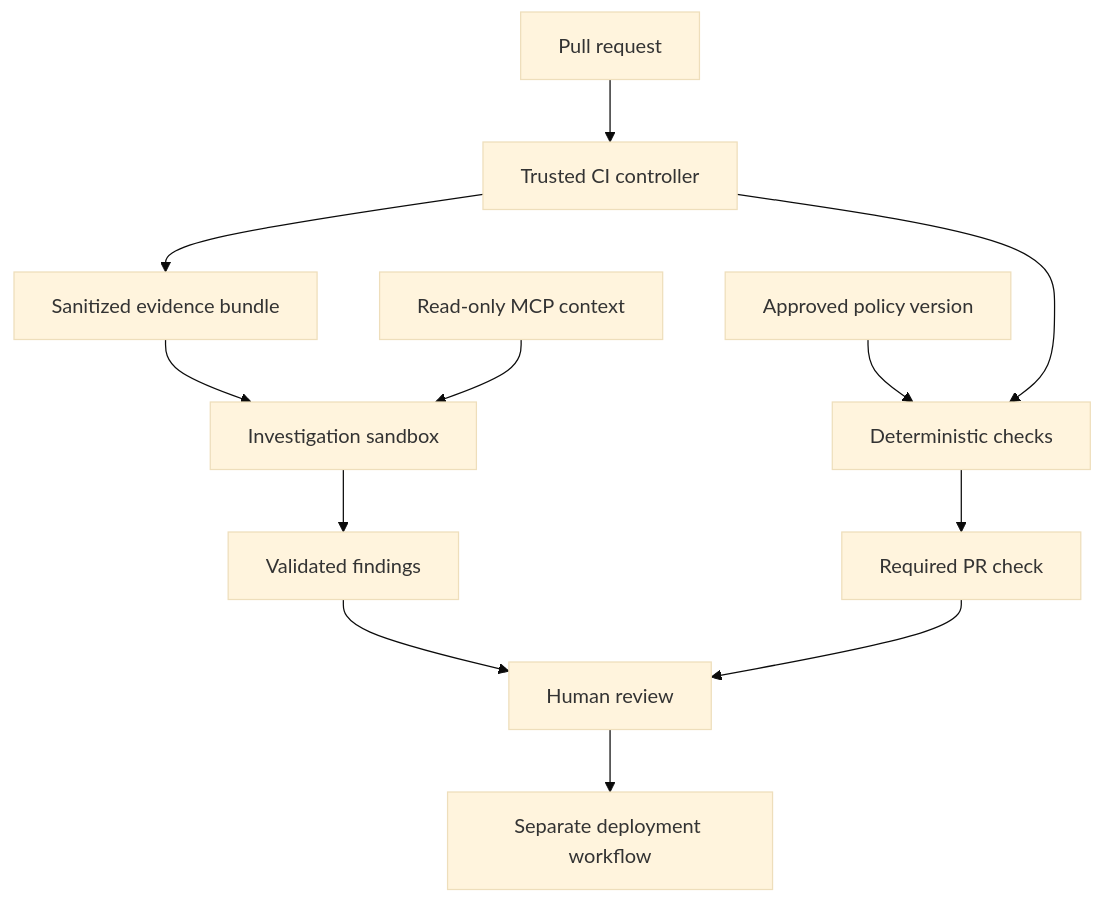
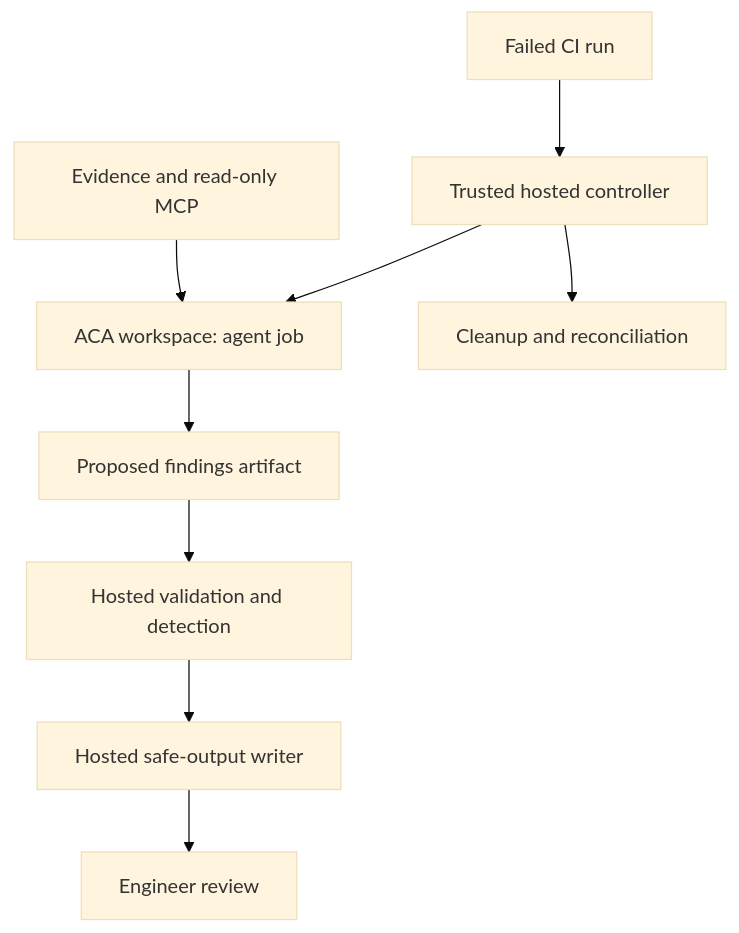
Before and after one commit to Nikila99gimhan/blog_dot_me: the diagram in content/devops/azure-container-apps-sandboxes/index.md, drawn with Mermaid (base theme). The commit also changed other lines of this file and 1 other file, not shown here.

Commit message:
content: Update ACA Sandboxes post to rewritten engineering feasibility draft

````diff
--- a/content/devops/azure-container-apps-sandboxes/index.md
+++ b/content/devops/azure-container-apps-sandboxes/index.md
@@ -125,14 +88,11 @@
 ```mermaid
 flowchart TD
-    PR["Pull request"] --> CI["Trusted CI controller"]
-    Policy["Approved policy version"] --> Checks["Deterministic checks"]
-    CI --> Checks
-    CI --> Bundle["Sanitized evidence bundle"]
-    Bundle --> Sandbox["Investigation sandbox"]
-    MCP["Read-only MCP context"] --> Sandbox
-    Sandbox --> Report["Validated findings"]
-    Checks --> Gate["Required PR check"]
-    Report --> Review["Human review"]
-    Gate --> Review
-    Review --> Deploy["Separate deployment workflow"]
+    Failure["Failed CI run"] --> Controller["Trusted hosted controller"]
+    Controller --> Sandbox["ACA workspace: agent job"]
+    Evidence["Evidence and read-only MCP"] --> Sandbox
+    Sandbox --> Proposed["Proposed findings artifact"]
+    Proposed --> Validation["Hosted validation and detection"]
+    Validation --> Writer["Hosted safe-output writer"]
+    Writer --> Review["Engineer review"]
+    Controller --> Cleanup["Cleanup and reconciliation"]
 ```
````
